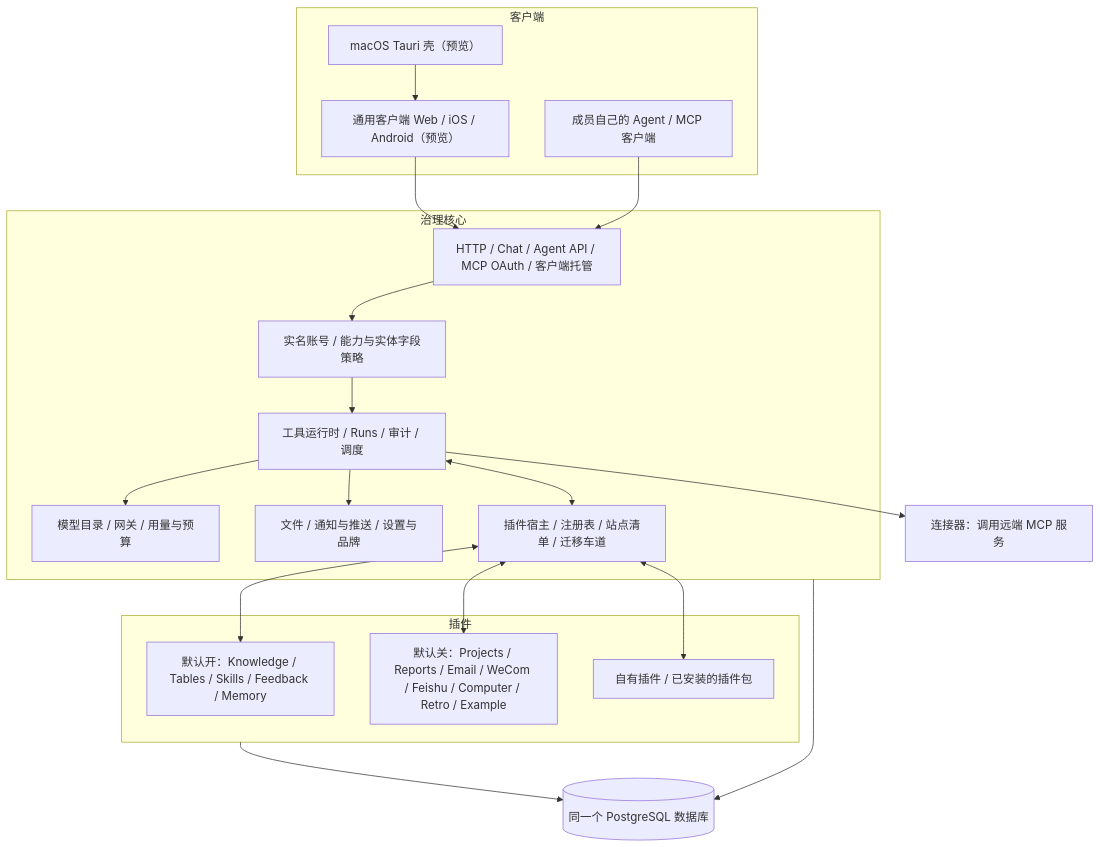
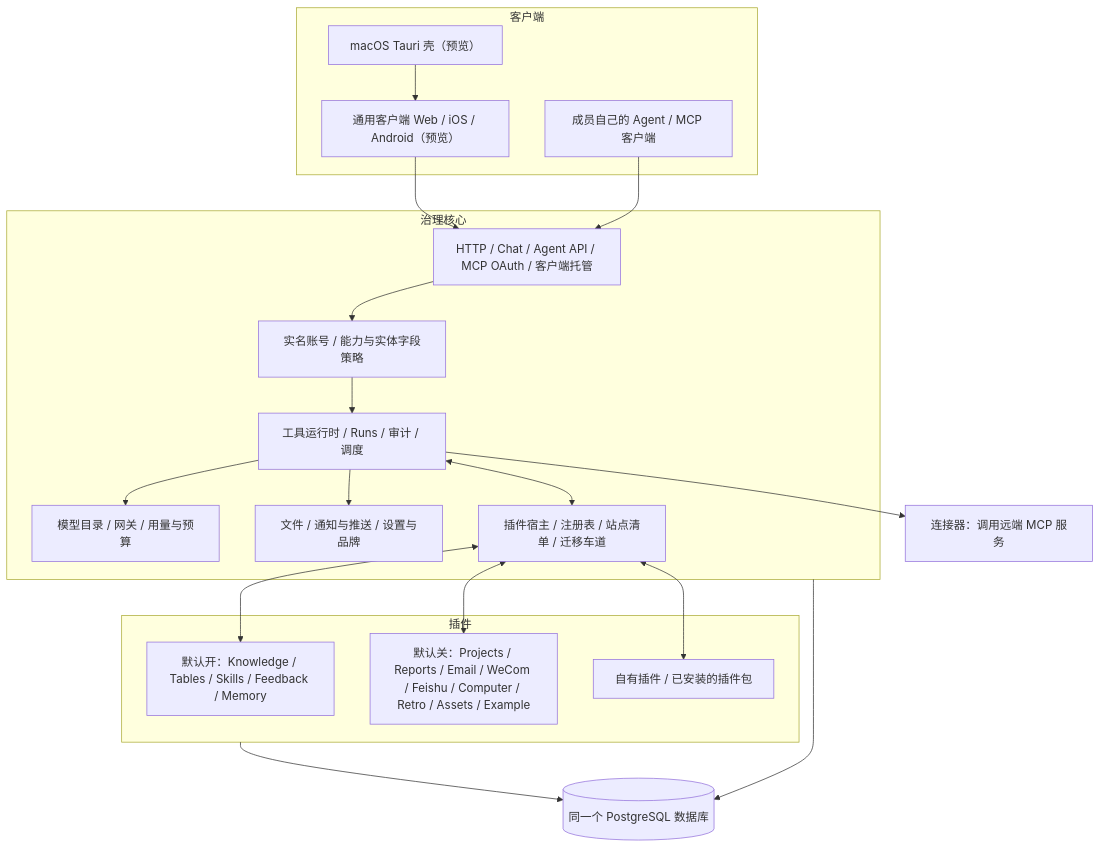
The first of 4 diagrams in docs/architecture.md (linjiejim/greenhouse), drawn with Mermaid before and after one commit. The commit also changed other lines of this file and 106 other files, not shown here.

````diff
--- a/docs/architecture.md
+++ b/docs/architecture.md
@@ -12,30 +12,30 @@
 ```mermaid
 flowchart TB
   subgraph clients[客户端]
     universal[通用客户端 Web / iOS / Android（预览）]
     desktop[macOS Tauri 壳（预览）]
     external[成员自己的 Agent / MCP 客户端]
   end
   desktop --> universal
   subgraph core[治理核心]
     ingress[HTTP / Chat / Agent API / MCP OAuth / 客户端托管]
     auth[实名账号 / 能力与实体字段策略]
     runtime[工具运行时 / Runs / 审计 / 调度]
     models[模型目录 / 网关 / 用量与预算]
     shared[文件 / 通知与推送 / 设置与品牌]
     host[插件宿主 / 注册表 / 站点清单 / 迁移车道]
     ingress --> auth --> runtime
     runtime --> models & shared
     runtime <--> host
   end
   universal & external --> ingress
   subgraph plugins[插件]
     defaults[默认开：Knowledge / Tables / Skills / Feedback / Memory]
-    optional[默认关：Projects / Reports / Email / WeCom / Feishu / Computer / Retro / Example]
+    optional[默认关：Projects / Reports / Email / WeCom / Feishu / Computer / Retro / Assets / Example]
     private[自有插件 / 已安装的插件包]
   end
   host <--> defaults & optional & private
   runtime --> connectors[连接器：调用远端 MCP 服务]
   core --> db[(同一个 PostgreSQL 数据库)]
   plugins --> db
 ```
````
